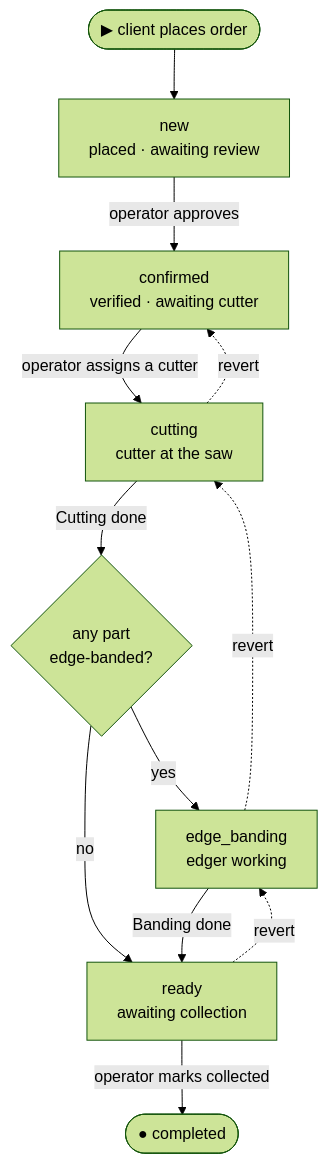
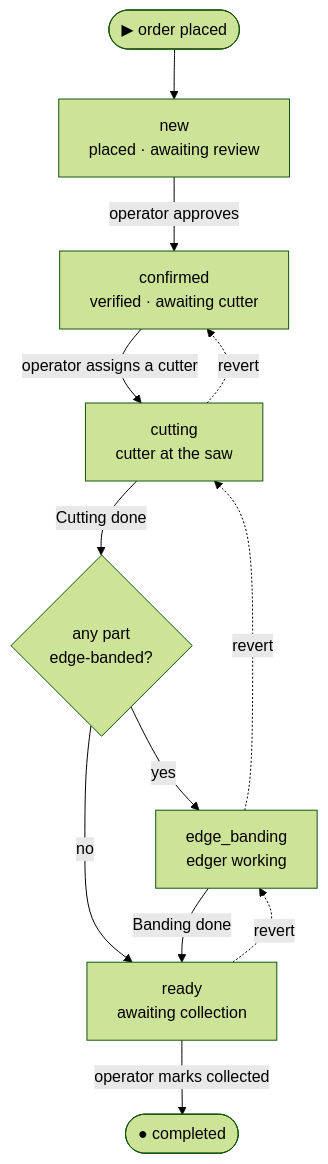
Before and after one commit to qadam-uz/mebel-pro: the diagram in docs/ref/features/orders.md, drawn with Mermaid (forest theme). The commit also changed other lines of this file and 45 other files, not shown here.

````diff
--- a/docs/ref/features/orders.md
+++ b/docs/ref/features/orders.md
@@ -61,15 +105,15 @@
 ```mermaid
 flowchart TD
-    start([▶ client places order]) --> new[new<br/>placed · awaiting review]
+    start([▶ order placed]) --> new[new<br/>placed · awaiting review]
     new -->|operator approves| confirmed[confirmed<br/>verified · awaiting cutter]
     confirmed -->|operator assigns a cutter| cutting[cutting<br/>cutter at the saw]
     cutting -->|Cutting done| gate{any part<br/>edge-banded?}
     gate -->|yes| edge_banding[edge_banding<br/>edger working]
     gate -->|no| ready[ready<br/>awaiting collection]
     edge_banding -->|Banding done| ready
     ready -->|operator marks collected| done([● completed])
 
     cutting -. "revert" .-> confirmed
     edge_banding -. "revert" .-> cutting
     ready -. "revert" .-> edge_banding
 ```
````
